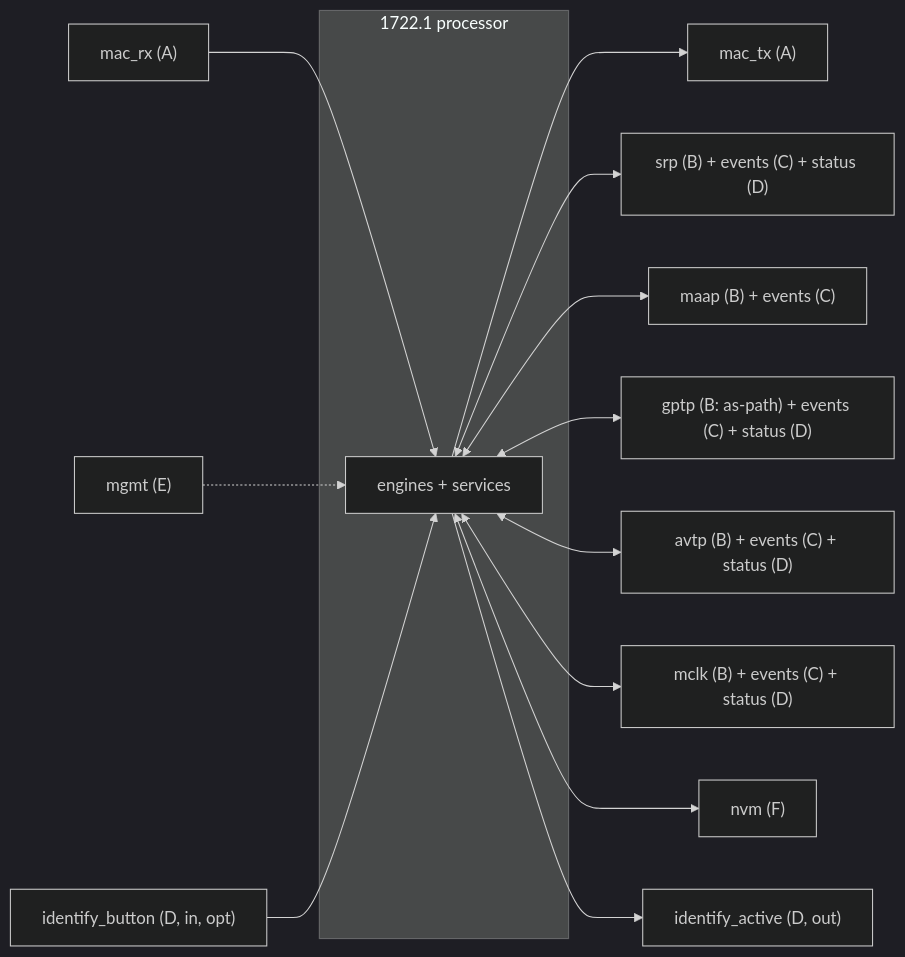
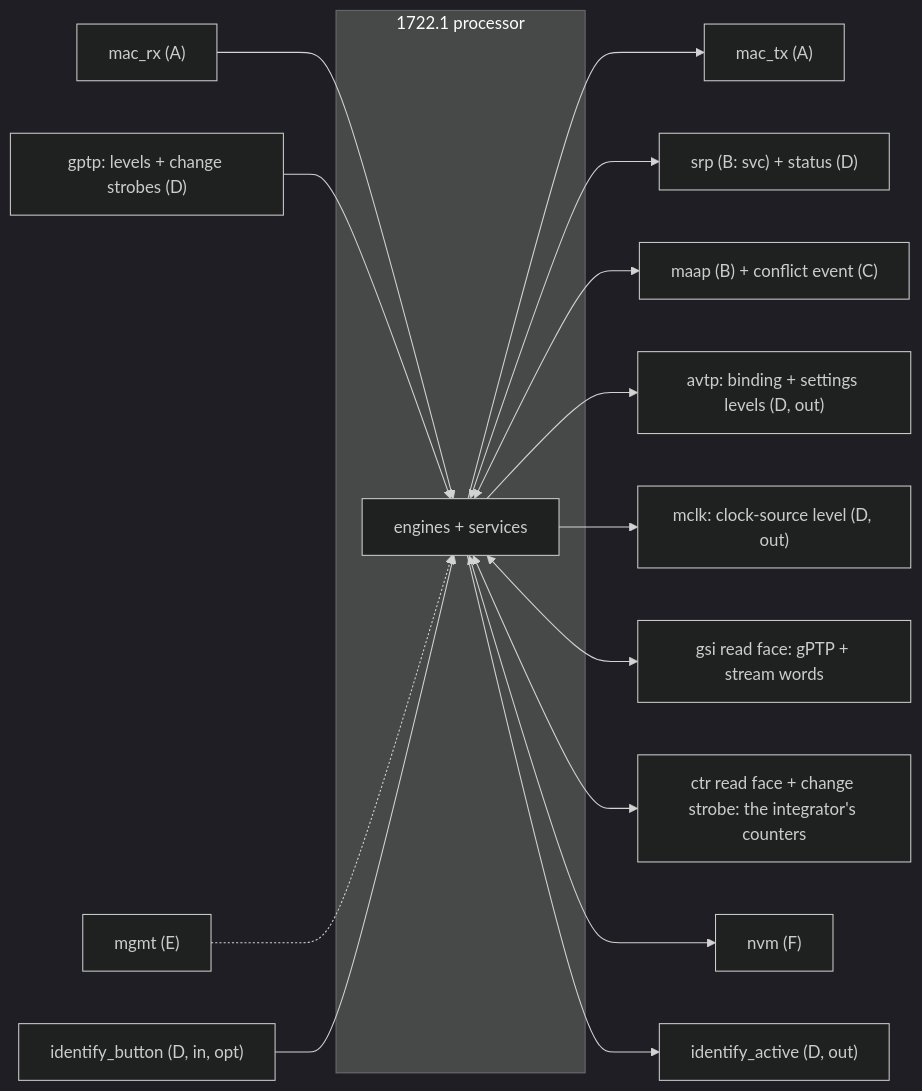
Before and after one commit to Mister-M-alt/protocol-processor-control-plane-avb-milan: the first of 2 diagrams in docs/architecture/02_interfaces.md, drawn with Mermaid (dark theme). The commit also changed other lines of this file and 4 other files, not shown here.

Commit message:
Rewrite 02 sections 4.3 to 4.5, 5 and F02.10 to the landed top: gptp, avtp and mclk are levels and read faces, not class-B adapters

````diff
--- a/docs/architecture/02_interfaces.md
+++ b/docs/architecture/02_interfaces.md
@@ -23,17 +33,19 @@
 ```mermaid
 flowchart LR
   subgraph core ["1722.1 processor"]
     eng["engines + services"]
   end
   macrx["mac_rx (A)"] --> eng
   eng --> mactx["mac_tx (A)"]
-  eng <--> srp["srp (B) + events (C) + status (D)"]
-  eng <--> maap["maap (B) + events (C)"]
-  eng <--> gptp["gptp (B: as-path) + events (C) + status (D)"]
-  eng <--> avtp["avtp (B) + events (C) + status (D)"]
-  eng <--> mclk["mclk (B) + events (C) + status (D)"]
+  eng <--> srp["srp (B: svc) + status (D)"]
+  eng <--> maap["maap (B) + conflict event (C)"]
+  gptp["gptp: levels + change strobes (D)"] --> eng
+  eng --> avtp["avtp: binding + settings levels (D, out)"]
+  eng --> mclk["mclk: clock-source level (D, out)"]
+  eng <--> gsi["gsi read face: gPTP + stream words"]
+  eng <--> ctr["ctr read face + change strobe: the integrator's counters"]
   mgmt["mgmt (E)"] -.-> eng
   eng <--> nvm["nvm (F)"]
   eng --> ido["identify_active (D, out)"]
   idi["identify_button (D, in, opt)"] --> eng
 ```
````
